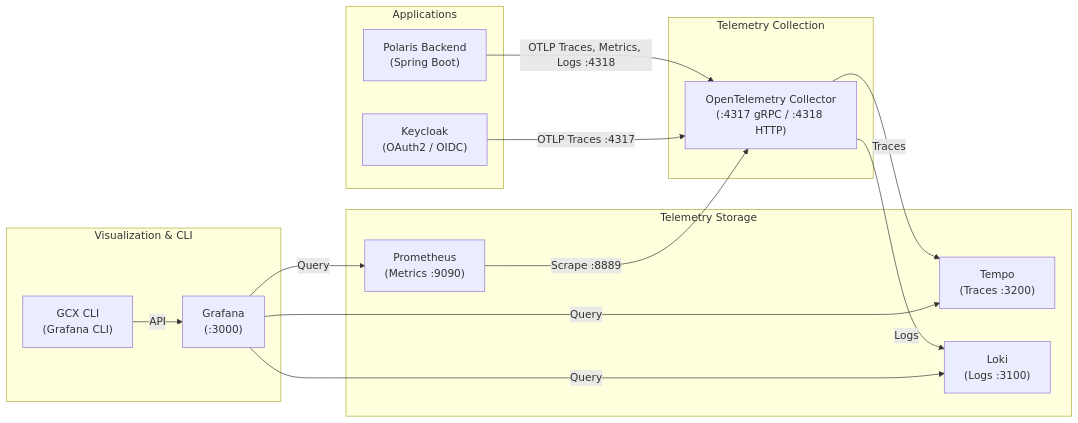
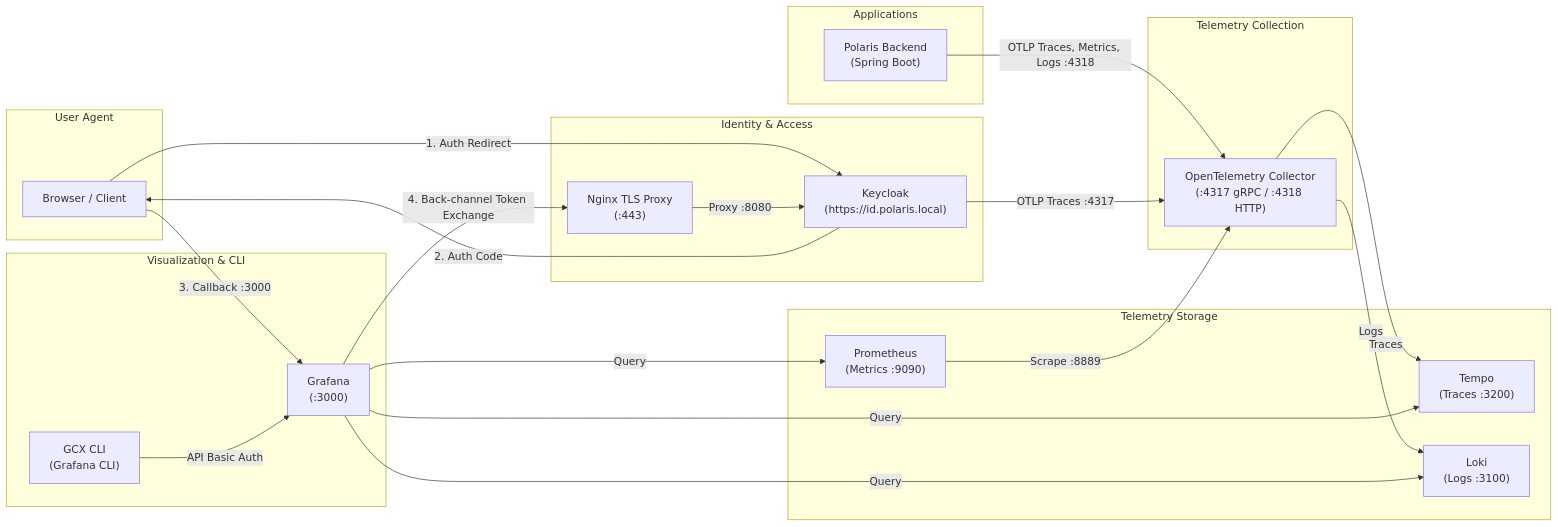
One commit to vungdv/hometask1 changed the diagram in src/java/03-Polaris/docs/observability.md. Above: the diagram before and after it, drawn with Mermaid. The commit also changed other lines of this file and 6 other files, not shown here.

Commit message:
feat(grafana): sso with keycloak

````diff
--- a/src/java/03-Polaris/docs/observability.md
+++ b/src/java/03-Polaris/docs/observability.md
@@ -9,33 +9,47 @@
 ```mermaid
 flowchart LR
+    subgraph Browser["User Agent"]
+        User["Browser / Client"]
+    end
+
+    subgraph Security["Identity & Access"]
+        Keycloak["Keycloak<br/>(https://id.polaris.local)"]
+        Nginx["Nginx TLS Proxy<br/>(:443)"]
+    end
+
     subgraph Apps["Applications"]
         Polaris["Polaris Backend<br/>(Spring Boot)"]
-        Keycloak["Keycloak<br/>(OAuth2 / OIDC)"]
     end
 
     subgraph Collector["Telemetry Collection"]
         OTel["OpenTelemetry Collector<br/>(:4317 gRPC / :4318 HTTP)"]
     end
 
     subgraph Storage["Telemetry Storage"]
         Tempo["Tempo<br/>(Traces :3200)"]
         Loki["Loki<br/>(Logs :3100)"]
         Prometheus["Prometheus<br/>(Metrics :9090)"]
     end
 
     subgraph UI["Visualization & CLI"]
         Grafana["Grafana<br/>(:3000)"]
         GCX["GCX CLI<br/>(Grafana CLI)"]
     end
 
+    User -->|1. Auth Redirect| Keycloak
+    Keycloak -->|2. Auth Code| User
+    User -->|3. Callback :3000| Grafana
+    Grafana -->|4. Back-channel Token Exchange| Nginx
+    Nginx -->|Proxy :8080| Keycloak
+
     Polaris -->|OTLP Traces, Metrics, Logs :4318| OTel
     Keycloak -->|OTLP Traces :4317| OTel
     OTel -->|Traces| Tempo
     OTel -->|Logs| Loki
     Prometheus -->|Scrape :8889| OTel
 
     Grafana -->|Query| Tempo
     Grafana -->|Query| Loki
     Grafana -->|Query| Prometheus
-    GCX -->|API| Grafana
+    GCX -->|API Basic Auth| Grafana
 ```
````
